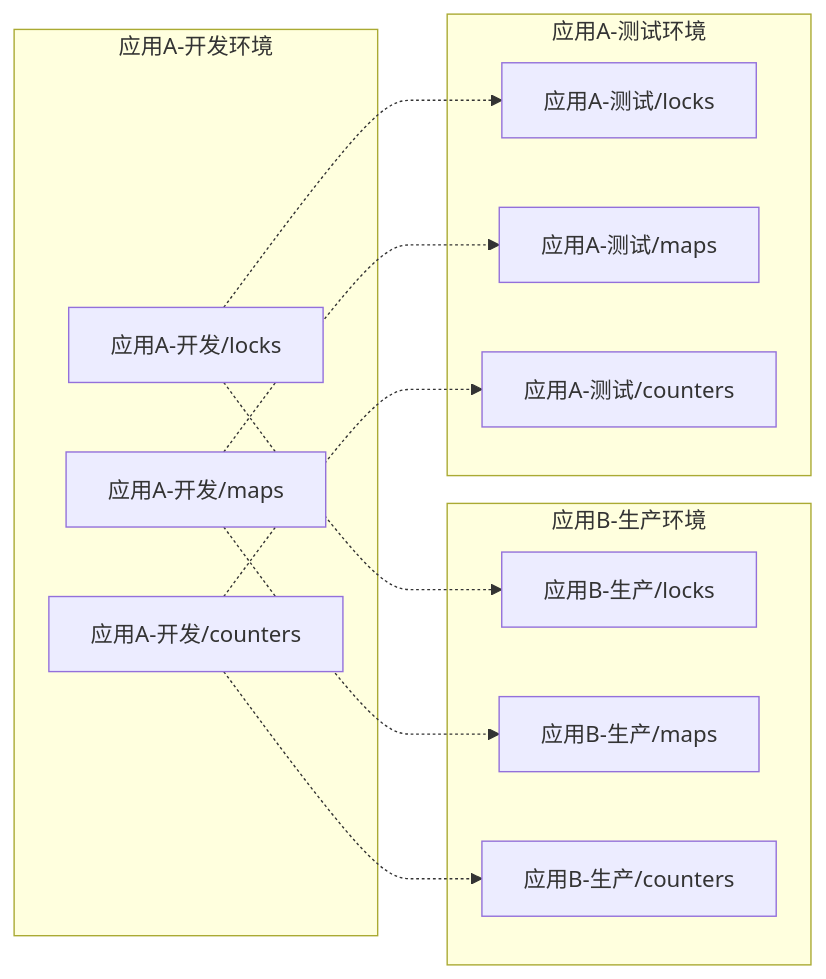
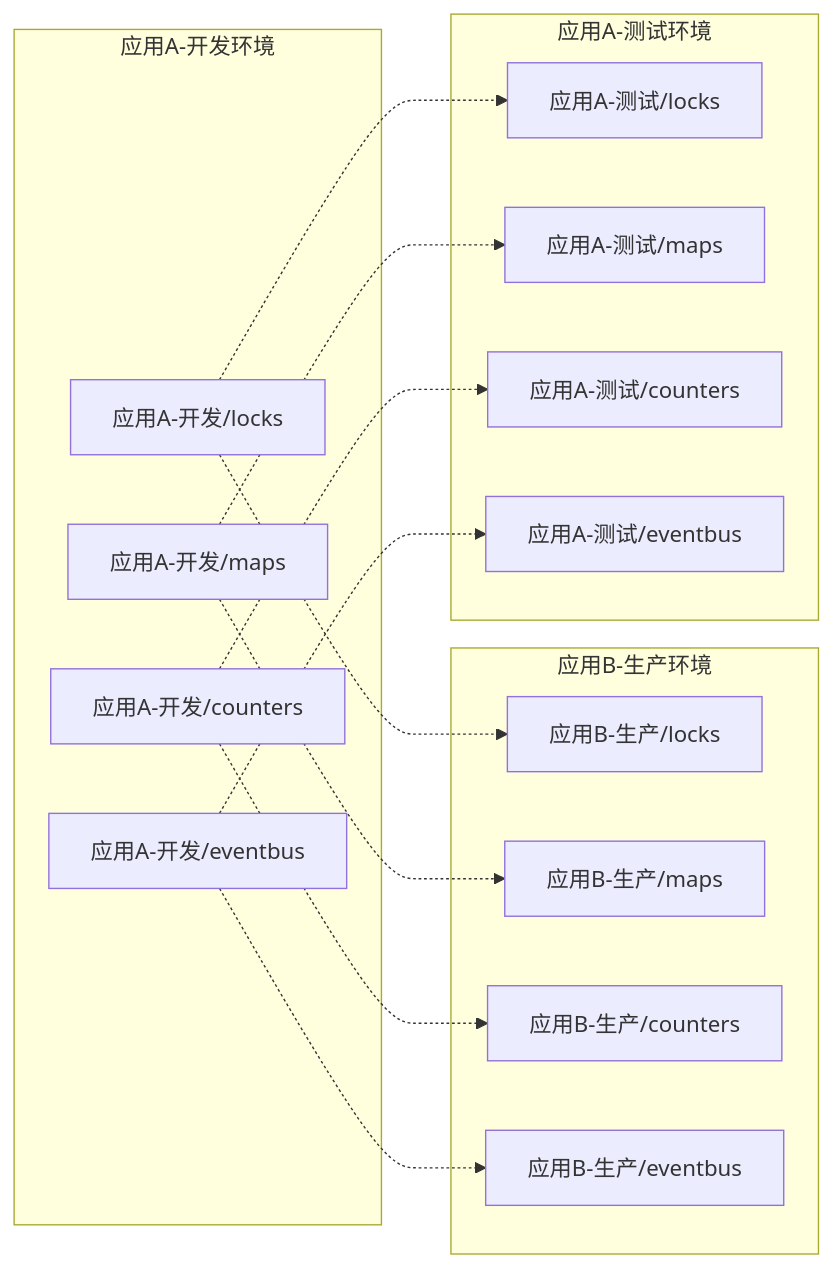
Before and after one commit to ossworker/vertx-starter: diagram 11 of 19 in .qoder/repowiki/zh/content/分布式功能实现.md, drawn with Mermaid. The commit also changed other lines of this file and 7 other files, not shown here.

````diff
--- a/.qoder/repowiki/zh/content/分布式功能实现.md
+++ b/.qoder/repowiki/zh/content/分布式功能实现.md
@@ -375,24 +432,29 @@
 ```mermaid
 graph LR
 subgraph "应用A-开发环境"
 A1[应用A-开发/locks]
 A2[应用A-开发/maps]
 A3[应用A-开发/counters]
+A4[应用A-开发/eventbus]
 end
 subgraph "应用B-生产环境"
 B1[应用B-生产/locks]
 B2[应用B-生产/maps]
 B3[应用B-生产/counters]
+B4[应用B-生产/eventbus]
 end
 subgraph "应用A-测试环境"
 C1[应用A-测试/locks]
 C2[应用A-测试/maps]
 C3[应用A-测试/counters]
+C4[应用A-测试/eventbus]
 end
 A1 -.-> B1
 A1 -.-> C1
 A2 -.-> B2
 A2 -.-> C2
 A3 -.-> B3
 A3 -.-> C3
+A4 -.-> B4
+A4 -.-> C4
 ```
````
